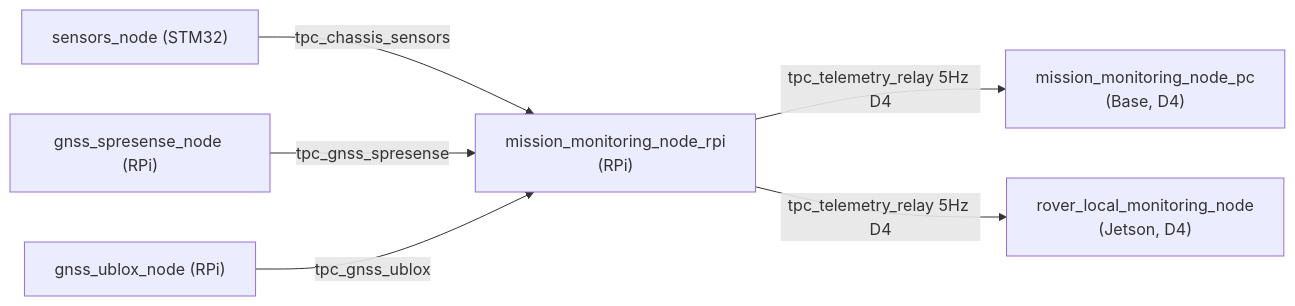
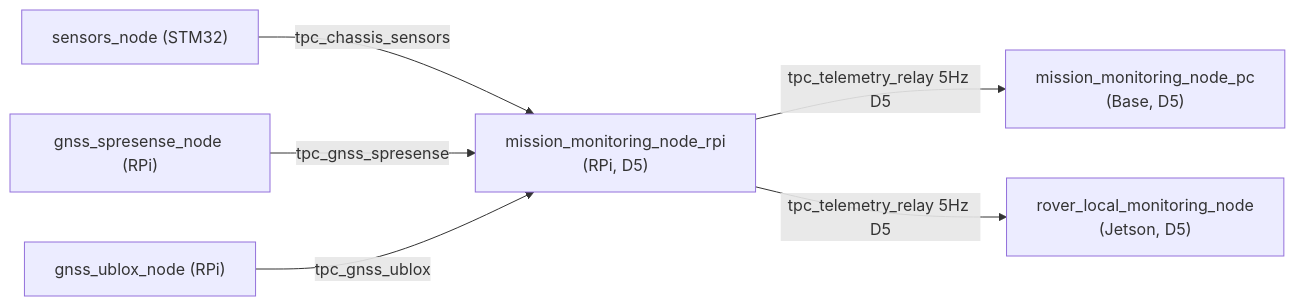
Before and after one commit to RoboticsGG/almondmatcha: the third of 3 diagrams in docs/TOPICS.md, drawn with Mermaid. The commit also changed other lines of this file and 3 other files, not shown here.

````diff
--- a/docs/TOPICS.md
+++ b/docs/TOPICS.md
@@ -447,8 +445,8 @@
 ```mermaid
 flowchart LR
-    SNS["sensors_node (STM32)"] -->|tpc_chassis_sensors| MON["mission_monitoring_node_rpi\n(RPi)"]
+    SNS["sensors_node (STM32)"] -->|tpc_chassis_sensors| MON["mission_monitoring_node_rpi\n(RPi, D5)"]
     SPRES["gnss_spresense_node (RPi)"] -->|tpc_gnss_spresense| MON
     UBLOX["gnss_ublox_node (RPi)"] -->|tpc_gnss_ublox| MON
-    MON -->|tpc_telemetry_relay 5Hz D4| PC["mission_monitoring_node_pc\n(Base, D4)"]
-    MON -->|tpc_telemetry_relay 5Hz D4| JL["rover_local_monitoring_node\n(Jetson, D4)"]
+    MON -->|tpc_telemetry_relay 5Hz D5| PC["mission_monitoring_node_pc\n(Base, D5)"]
+    MON -->|tpc_telemetry_relay 5Hz D5| JL["rover_local_monitoring_node\n(Jetson, D5)"]
 ```
````
